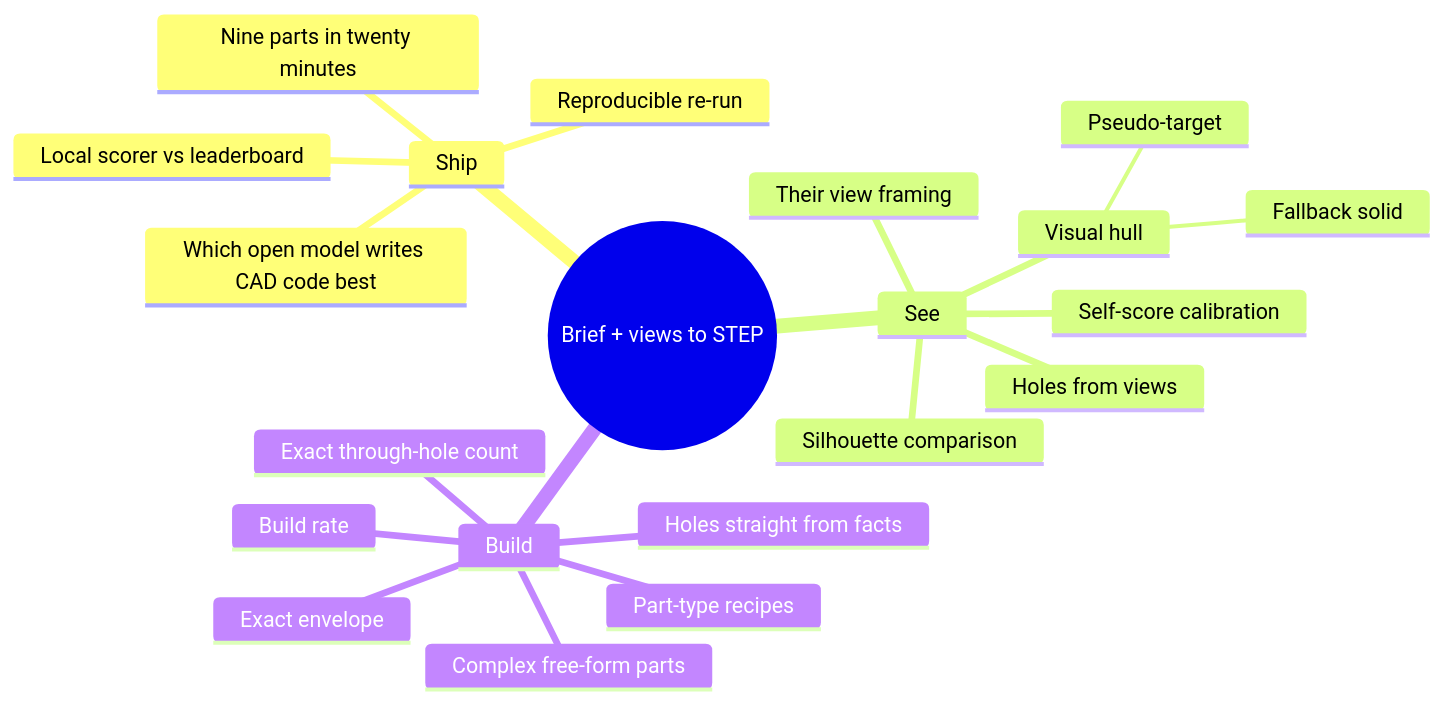
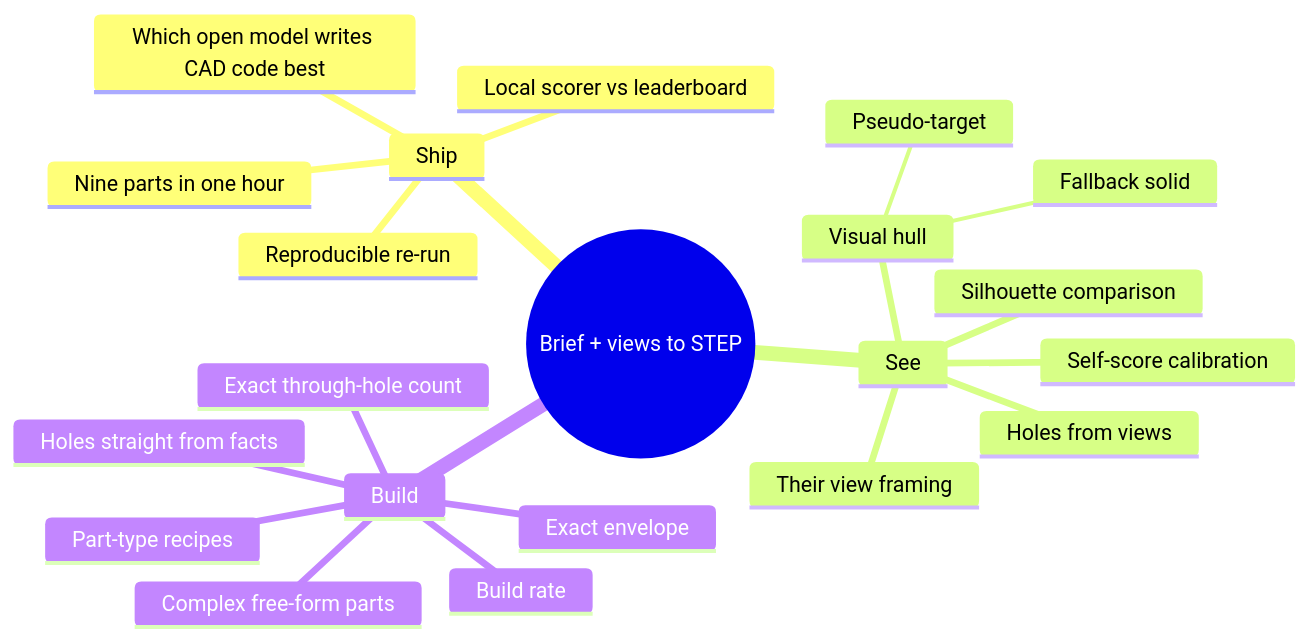
Before and after one commit to rumutaydin/sphere-forge-agent: the diagram in docs/RESEARCH.md, drawn with Mermaid. The commit also changed other lines of this file and 43 other files, not shown here.

First line of the commit message:
Day 1 results, handoff and plan; run limit corrected to one hour

````diff
--- a/docs/RESEARCH.md
+++ b/docs/RESEARCH.md
@@ -9,24 +9,24 @@
 ```mermaid
 mindmap
   root((Brief + views to STEP))
     Ship
       Which open model writes CAD code best
-      Nine parts in twenty minutes
+      Nine parts in one hour
       Reproducible re-run
       Local scorer vs leaderboard
     See
       Silhouette comparison
       Their view framing
       Visual hull
         Pseudo-target
         Fallback solid
       Holes from views
       Self-score calibration
     Build
       Exact envelope
       Exact through-hole count
       Holes straight from facts
       Build rate
       Part-type recipes
       Complex free-form parts
 ```
````
